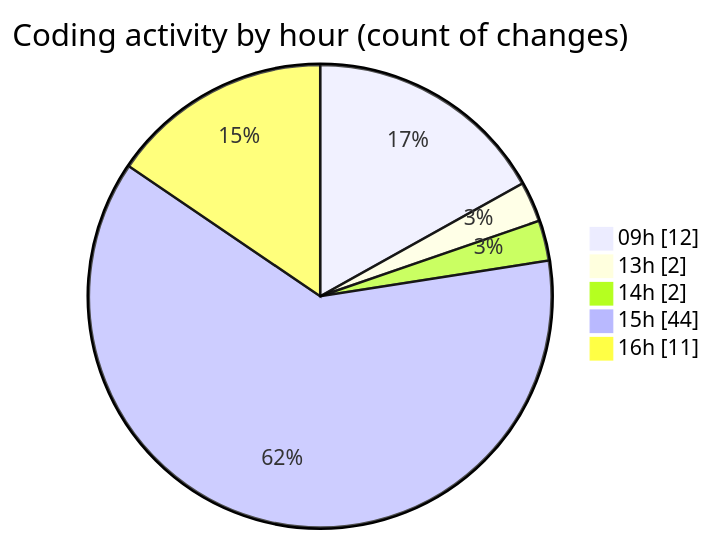
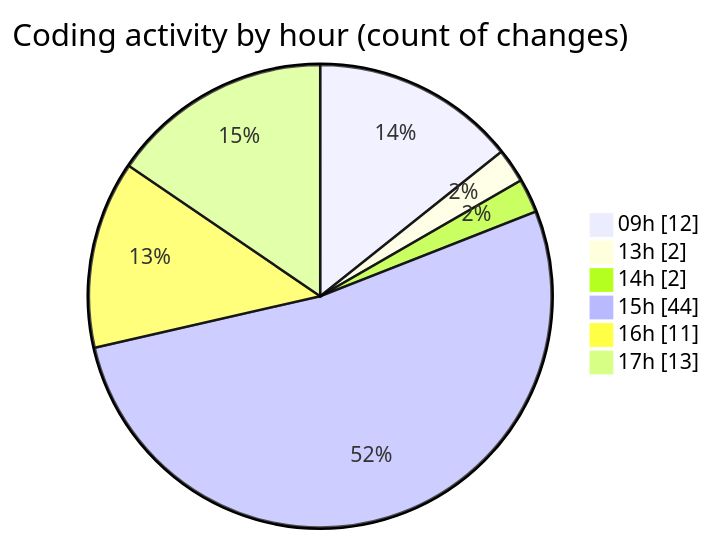
One commit to momahboobian/code-tracking changed the second of 2 diagrams in 2026-11-04/cda/README.md. Above: the diagram before and after it, drawn with Mermaid. The commit also changed other lines of this file and 1 other file, not shown here.

````diff
--- a/2026-11-04/cda/README.md
+++ b/2026-11-04/cda/README.md
@@ -53,9 +63,10 @@
 ```mermaid
 pie showData
 title Coding activity by hour (count of changes)
 "09h" : 12
 "13h" : 2
 "14h" : 2
 "15h" : 44
 "16h" : 11
+"17h" : 13
 ```
````
